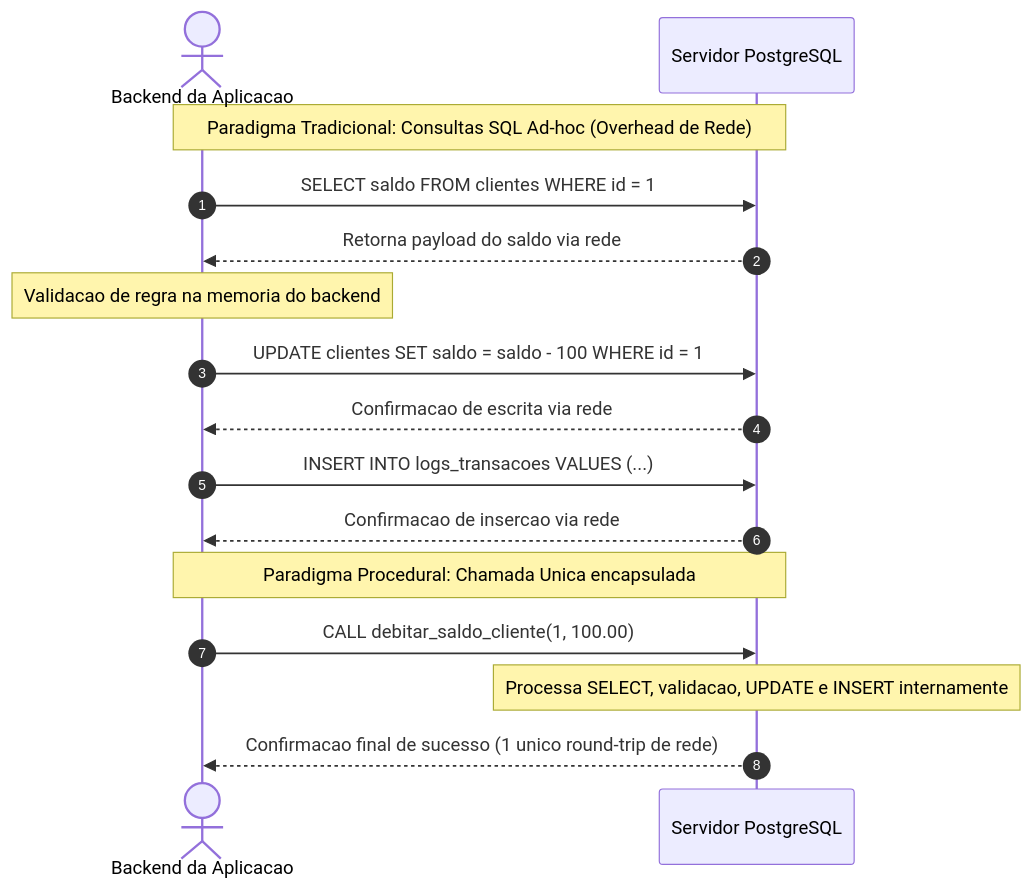
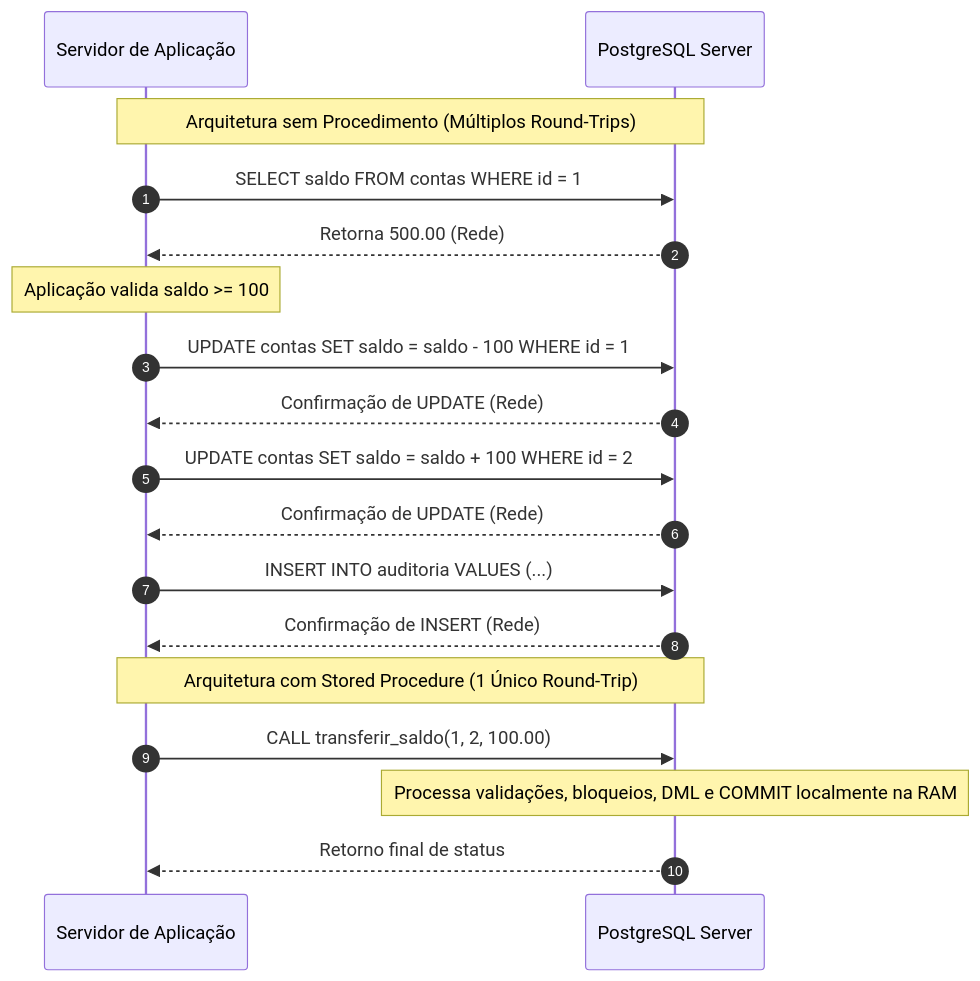
The seventh of 10 diagrams in 4º Semestre/[Prof. Welington Garcia] Tópicos Avançados em Banco de Dados/Resumos-IA/Caderno-Consolidado.md (murilolol/unifef), drawn with Mermaid before and after one commit. The commit also changed other lines of this file and 18 other files, not shown here.

````diff
--- a/4º Semestre/[Prof. Welington Garcia] Tópicos Avançados em Banco de Dados/Resumos-IA/Caderno-Consolidado.md
+++ b/4º Semestre/[Prof. Welington Garcia] Tópicos Avançados em Banco de Dados/Resumos-IA/Caderno-Consolidado.md
@@ -792,20 +530,22 @@
 ```mermaid
 sequenceDiagram
-  autonumber
-  actor App as Backend da Aplicacao
-  participant Sgbd as Servidor PostgreSQL
-  
-  Note over App,Sgbd: Paradigma Tradicional: Consultas SQL Ad-hoc (Overhead de Rede)
-  App->>Sgbd: SELECT saldo FROM clientes WHERE id = 1
-  Sgbd-->>App: Retorna payload do saldo via rede
-  Note over App: Validacao de regra na memoria do backend
-  App->>Sgbd: UPDATE clientes SET saldo = saldo - 100 WHERE id = 1
-  Sgbd-->>App: Confirmacao de escrita via rede
-  App->>Sgbd: INSERT INTO logs_transacoes VALUES (...)
-  Sgbd-->>App: Confirmacao de insercao via rede
-  
-  Note over App,Sgbd: Paradigma Procedural: Chamada Unica encapsulada
-  App->>Sgbd: CALL debitar_saldo_cliente(1, 100.00)
-  Note over Sgbd: Processa SELECT, validacao, UPDATE e INSERT internamente
-  Sgbd-->>App: Confirmacao final de sucesso (1 unico round-trip de rede)
+    autonumber
+    participant App as Servidor de Aplicação
+    participant DB as PostgreSQL Server
+
+    Note over App,DB: Arquitetura sem Procedimento (Múltiplos Round-Trips)
+    App->>DB: SELECT saldo FROM contas WHERE id = 1
+    DB-->>App: Retorna 500.00 (Rede)
+    Note over App: Aplicação valida saldo >= 100
+    App->>DB: UPDATE contas SET saldo = saldo - 100 WHERE id = 1
+    DB-->>App: Confirmação de UPDATE (Rede)
+    App->>DB: UPDATE contas SET saldo = saldo + 100 WHERE id = 2
+    DB-->>App: Confirmação de UPDATE (Rede)
+    App->>DB: INSERT INTO auditoria VALUES (...)
+    DB-->>App: Confirmação de INSERT (Rede)
+
+    Note over App,DB: Arquitetura com Stored Procedure (1 Único Round-Trip)
+    App->>DB: CALL transferir_saldo(1, 2, 100.00)
+    Note over DB: Processa validações, bloqueios, DML e COMMIT localmente na RAM
+    DB-->>App: Retorno final de status
 ```
````
